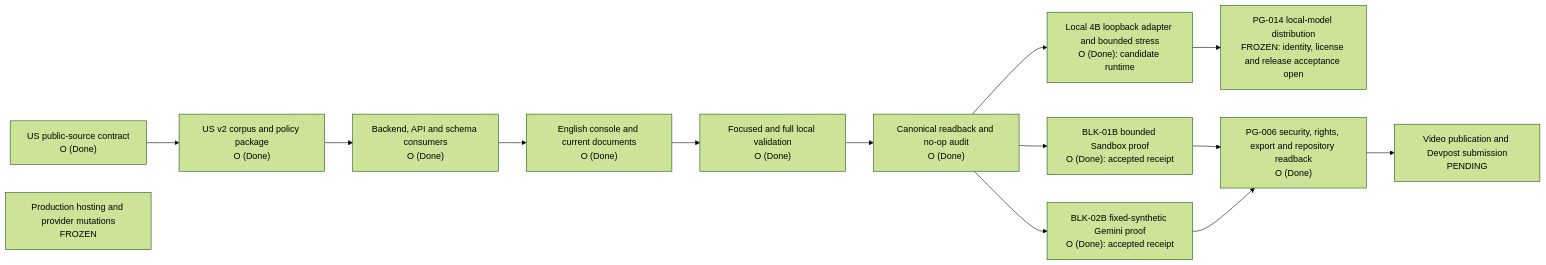
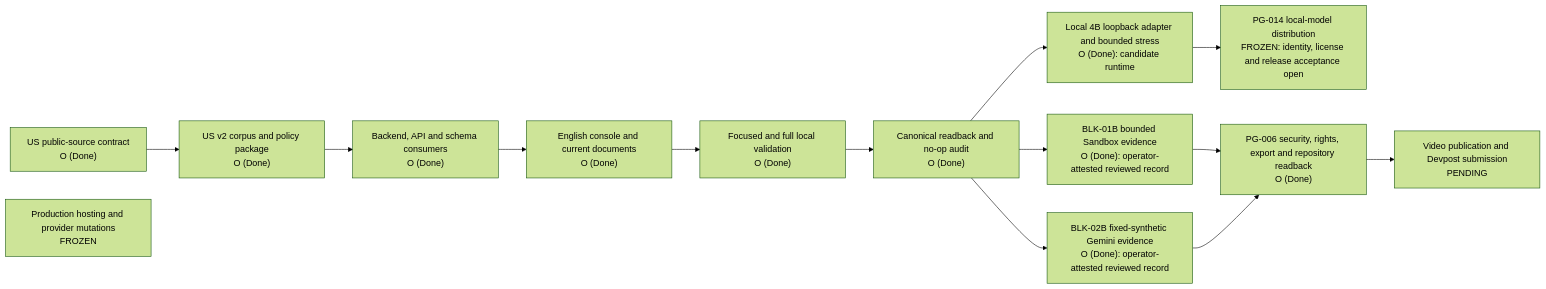
One commit to jiarong0423/payguard-ai changed the first of 3 diagrams in docs/decisions/2026Q4/architecture.md. Above: the diagram before and after it, drawn with Mermaid (forest theme). The commit also changed 14 other files, not shown here.

````diff
--- a/docs/decisions/2026Q4/architecture.md
+++ b/docs/decisions/2026Q4/architecture.md
@@ -24,16 +24,16 @@
 ```mermaid
 flowchart LR
   A["US public-source contract<br/>O (Done)"] --> B["US v2 corpus and policy package<br/>O (Done)"]
   B --> C["Backend, API and schema consumers<br/>O (Done)"]
   C --> D["English console and current documents<br/>O (Done)"]
   D --> E["Focused and full local validation<br/>O (Done)"]
   E --> F["Canonical readback and no-op audit<br/>O (Done)"]
-  F --> G["BLK-01B bounded Sandbox proof<br/>O (Done): accepted receipt"]
-  F --> H["BLK-02B fixed-synthetic Gemini proof<br/>O (Done): accepted receipt"]
+  F --> G["BLK-01B bounded Sandbox evidence<br/>O (Done): operator-attested reviewed record"]
+  F --> H["BLK-02B fixed-synthetic Gemini evidence<br/>O (Done): operator-attested reviewed record"]
   F --> K["Local 4B loopback adapter and bounded stress<br/>O (Done): candidate runtime"]
   K --> L["PG-014 local-model distribution<br/>FROZEN: identity, license and release acceptance open"]
   G --> I["PG-006 security, rights, export and repository readback<br/>O (Done)"]
   H --> I
   I --> M["Video publication and Devpost submission<br/>PENDING"]
   J["Production hosting and provider mutations<br/>FROZEN"]
 ```
````
